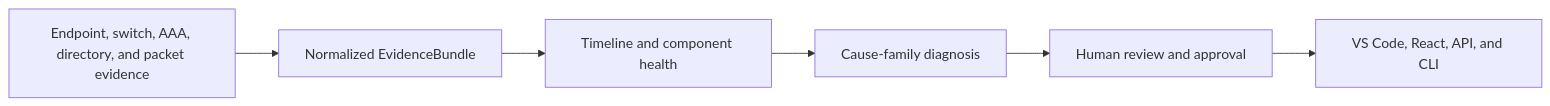
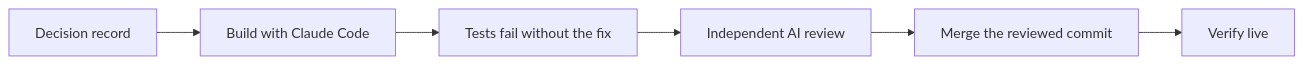
Before and after one commit to laceth/testpulse-portfolio: the diagram in README.md, drawn with Mermaid. The commit also changed other lines of this file and 7 other files, not shown here.

````diff
--- a/README.md
+++ b/README.md
@@ -38,15 +110,8 @@
 ```mermaid
 flowchart LR
-    A[Endpoint, switch, AAA, directory, and packet evidence]
-    B[Normalized EvidenceBundle]
-    C[Timeline and component health]
-    D[Cause-family diagnosis]
-    E[Human review and approval]
-    F[VS Code, React, API, and CLI]
-
-    A --> B
-    B --> C
-    C --> D
-    D --> E
-    E --> F
+    A[Decision record] --> B[Build with Claude Code]
+    B --> C[Tests fail without the fix]
+    C --> D[Independent AI review]
+    D --> E[Merge the reviewed commit]
+    E --> F[Verify live]
 ```
````
